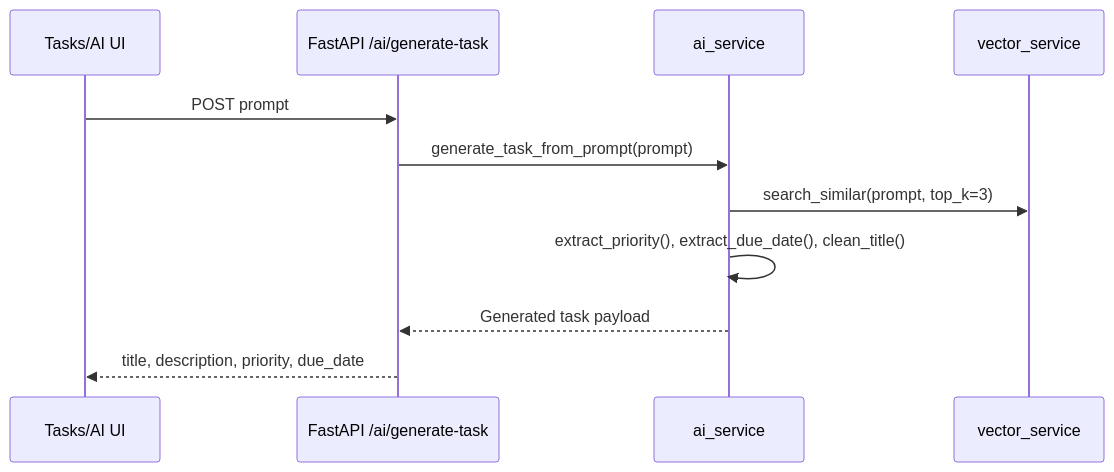
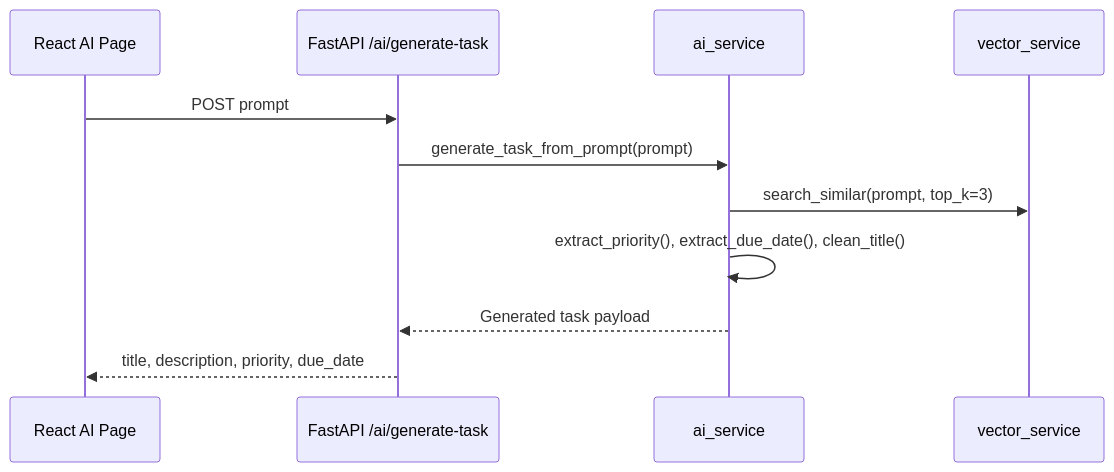
One commit to NikithaJoshy/ai_task_management changed the third of 3 diagrams in docs/LLD.md. Above: the diagram before and after it, drawn with Mermaid. The commit also changed other lines of this file, not shown here.

````diff
--- a/docs/LLD.md
+++ b/docs/LLD.md
@@ -118,14 +123,14 @@
 ```mermaid
 sequenceDiagram
-  participant UI as Tasks/AI UI
+  participant UI as React AI Page
   participant API as FastAPI /ai/generate-task
   participant AIS as ai_service
   participant VS as vector_service
 
   UI->>API: POST prompt
   API->>AIS: generate_task_from_prompt(prompt)
   AIS->>VS: search_similar(prompt, top_k=3)
   AIS->>AIS: extract_priority(), extract_due_date(), clean_title()
   AIS-->>API: Generated task payload
   API-->>UI: title, description, priority, due_date
 ```
````
